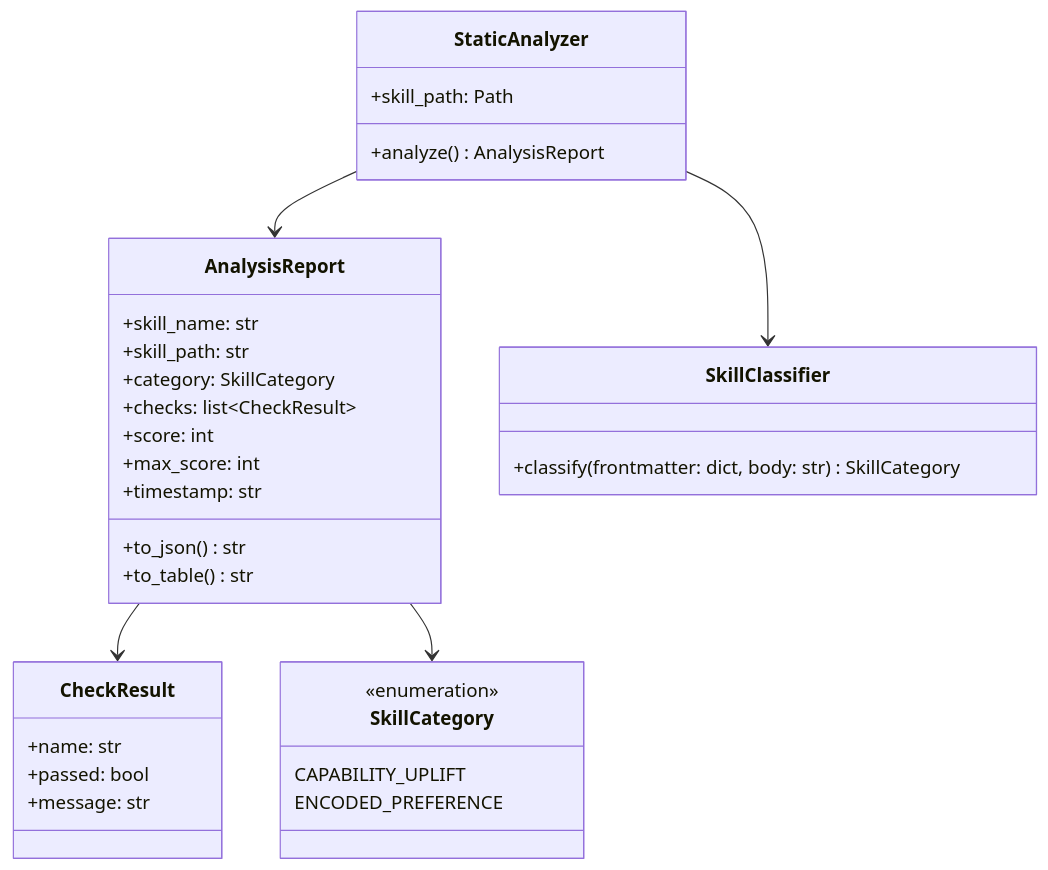
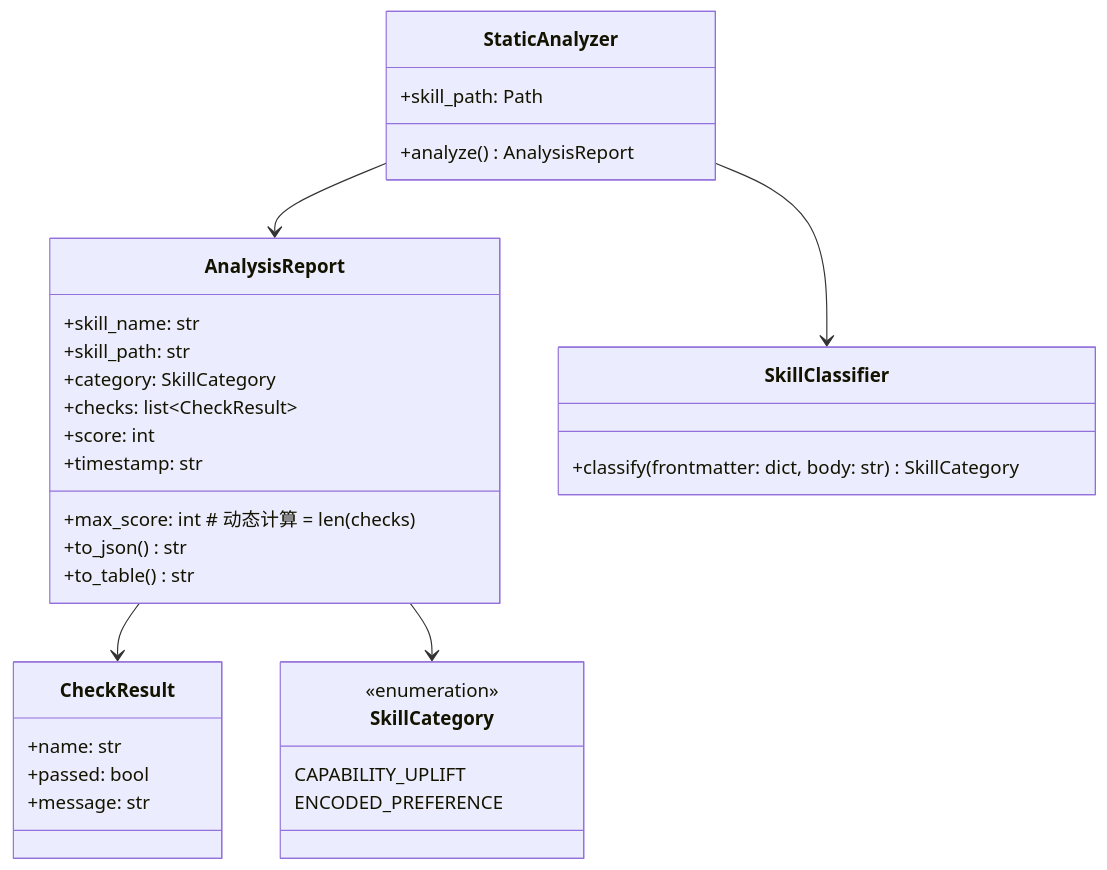
The fifth of 17 diagrams in docs/skill-eval-design.md (HangDu1995/sift), drawn with Mermaid before and after one commit. The commit also changed other lines of this file and 29 other files, not shown here.

````diff
--- a/docs/skill-eval-design.md
+++ b/docs/skill-eval-design.md
@@ -648,40 +650,40 @@
 ```mermaid
 classDiagram
     class StaticAnalyzer {
         +skill_path: Path
         +analyze() AnalysisReport
     }
 
     class AnalysisReport {
         +skill_name: str
         +skill_path: str
         +category: SkillCategory
         +checks: list~CheckResult~
         +score: int
-        +max_score: int
+        +max_score: int         # 动态计算 = len(checks)
         +timestamp: str
         +to_json() str
         +to_table() str
     }
 
     class CheckResult {
         +name: str
         +passed: bool
         +message: str
     }
 
     class SkillCategory {
         <<enumeration>>
         CAPABILITY_UPLIFT
         ENCODED_PREFERENCE
     }
 
     class SkillClassifier {
         +classify(frontmatter: dict, body: str) SkillCategory
     }
 
     StaticAnalyzer --> AnalysisReport
     AnalysisReport --> CheckResult
     AnalysisReport --> SkillCategory
     StaticAnalyzer --> SkillClassifier
 ```
````
